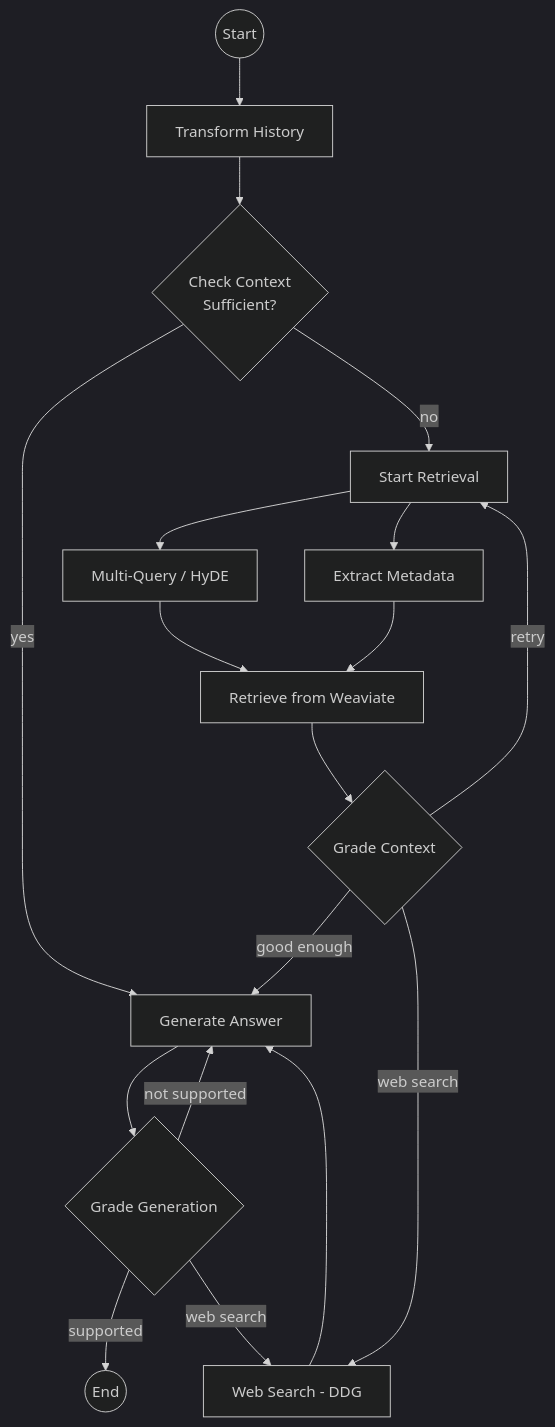
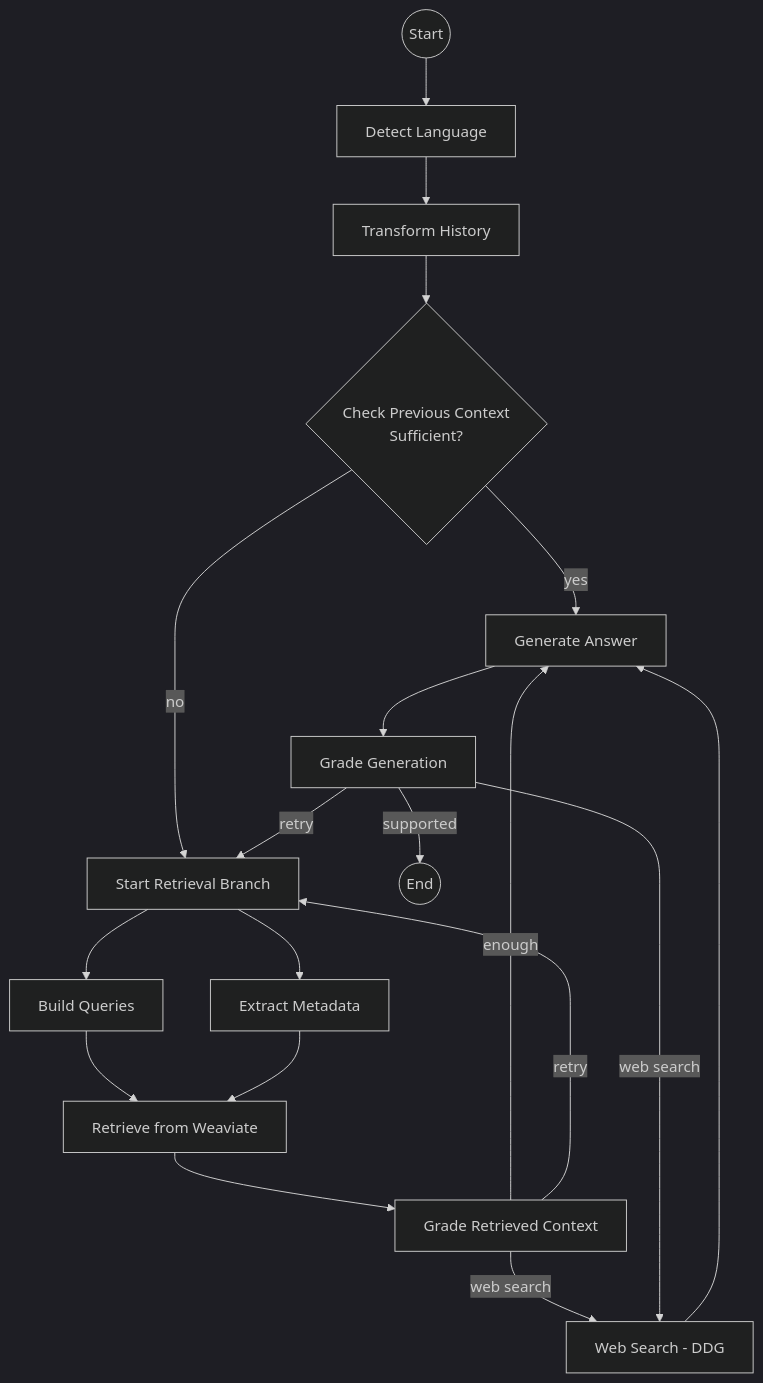
The fifth of 6 diagrams in docs/ARCHITECTURE.md (DCGM/semant-demo), drawn with Mermaid (dark theme) before and after one commit. The commit also changed other lines of this file, not shown here.

Commit message:
update architecture graph and add some text

````diff
--- a/docs/ARCHITECTURE.md
+++ b/docs/ARCHITECTURE.md
@@ -262,23 +263,26 @@
 ```mermaid
 flowchart TD
-    START((Start)) --> TH[Transform History]
-    TH --> CC{Check Context<br/>Sufficient?}
+    START((Start)) --> DET[Detect Language]
+    DET --> TH[Transform History]
+    TH --> CC{Check Previous Context<br/>Sufficient?}
+
     CC -->|yes| GEN[Generate Answer]
-    CC -->|no| SRB[Start Retrieval]
+    CC -->|no| SRB[Start Retrieval Branch]
 
-    SRB --> MQ[Multi-Query / HyDE]
+    SRB --> MQ[Build Queries]
     SRB --> EM[Extract Metadata]
     MQ --> RET[Retrieve from Weaviate]
     EM --> RET
-    RET --> GC{Grade Context}
+    RET --> GC[Grade Retrieved Context]
 
-    GC -->|good enough| GEN
+    GC -->|enough| GEN
     GC -->|retry| SRB
     GC -->|web search| WS[Web Search - DDG]
 
     WS --> GEN
-    GEN --> GG{Grade Generation}
+    GEN --> GG[Grade Generation]
+
     GG -->|supported| END((End))
-    GG -->|not supported| GEN
+    GG -->|retry| SRB
     GG -->|web search| WS
 ```
````
